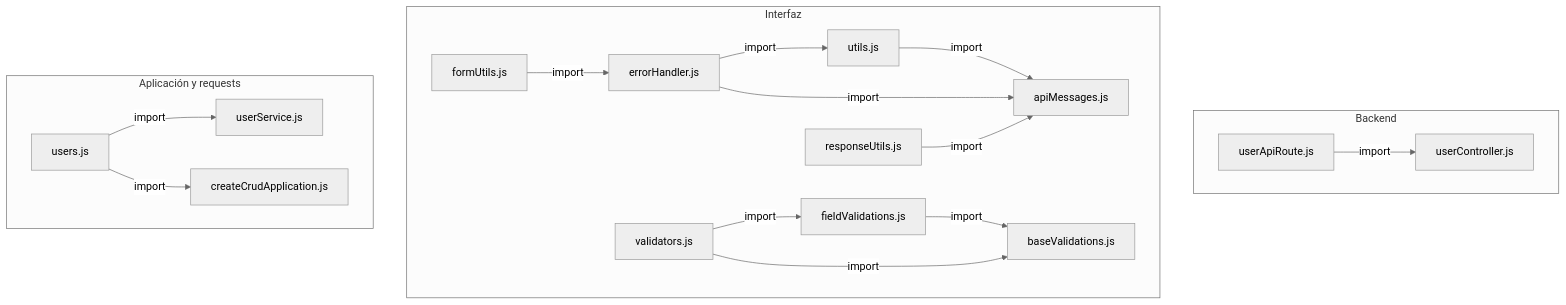
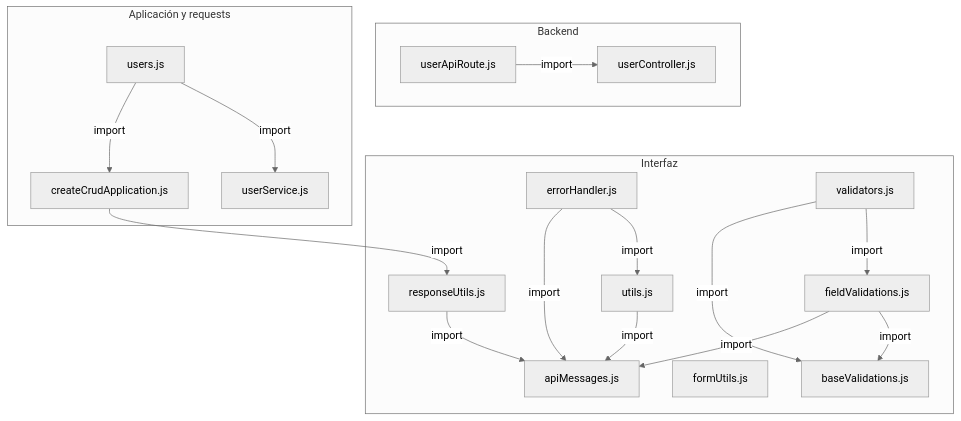
Before and after one commit to gpgsistemas01/nexus: the first of 2 diagrams in docs/architecture/views/processes/frontend-code-sequences/identity-access/cu-ida-07.md, drawn with Mermaid (neutral theme). The commit also changed 200 other files, not shown here.

````diff
--- a/docs/architecture/views/processes/frontend-code-sequences/identity-access/cu-ida-07.md
+++ b/docs/architecture/views/processes/frontend-code-sequences/identity-access/cu-ida-07.md
@@ -50,33 +50,34 @@
 ```mermaid
 flowchart TB
     subgraph Component0["Backend"]
         FileUserController["userController.js"]
         Transport["userApiRoute.js"]
     end
     subgraph Component1["Interfaz"]
         FileUtils["utils.js"]
         FileApiMessages["apiMessages.js"]
         FormUtils["formUtils.js"]
         FileErrorHandler["errorHandler.js"]
         FileResponseUtils["responseUtils.js"]
         FileBaseValidations["baseValidations.js"]
         FileFieldValidations["fieldValidations.js"]
         FileValidators["validators.js"]
     end
     subgraph Component2["Aplicación y requests"]
         FileUsers["users.js"]
         Application["createCrudApplication.js"]
         Request["userService.js"]
     end
-    FileUtils -->|import| FileApiMessages
-    FileUsers -->|import| Request
-    FileUsers -->|import| Application
-    FormUtils -->|import| FileErrorHandler
+    Application -->|import| FileResponseUtils
     FileErrorHandler -->|import| FileApiMessages
     FileErrorHandler -->|import| FileUtils
+    FileFieldValidations -->|import| FileApiMessages
+    FileFieldValidations -->|import| FileBaseValidations
     FileResponseUtils -->|import| FileApiMessages
-    FileFieldValidations -->|import| FileBaseValidations
+    FileUsers -->|import| Application
+    FileUsers -->|import| Request
+    FileUtils -->|import| FileApiMessages
     FileValidators -->|import| FileBaseValidations
     FileValidators -->|import| FileFieldValidations
     Transport -->|import| FileUserController
 ```
````
